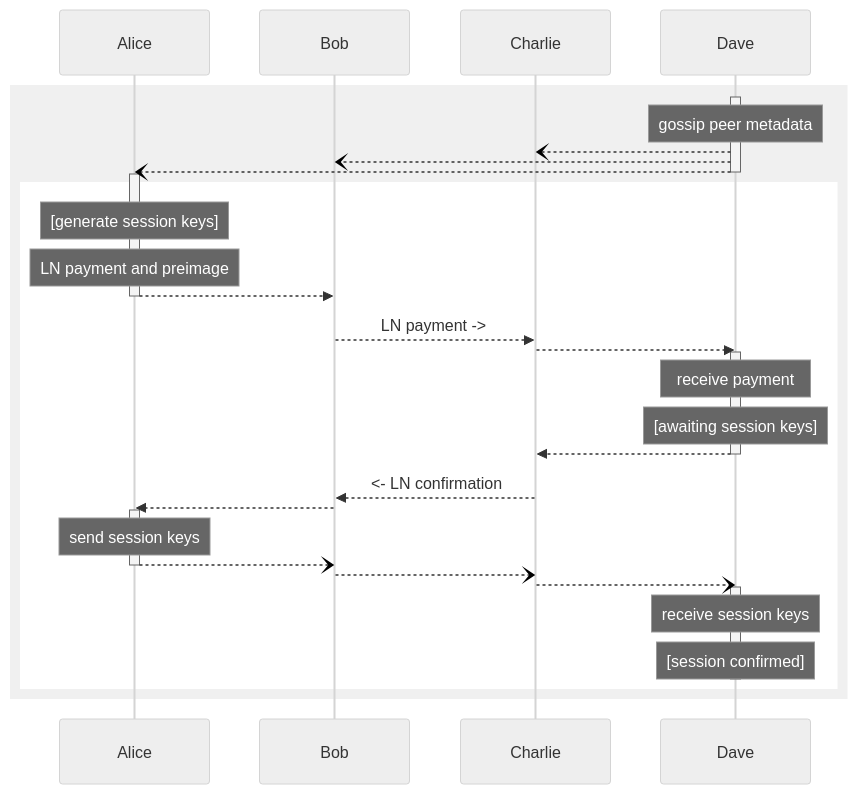
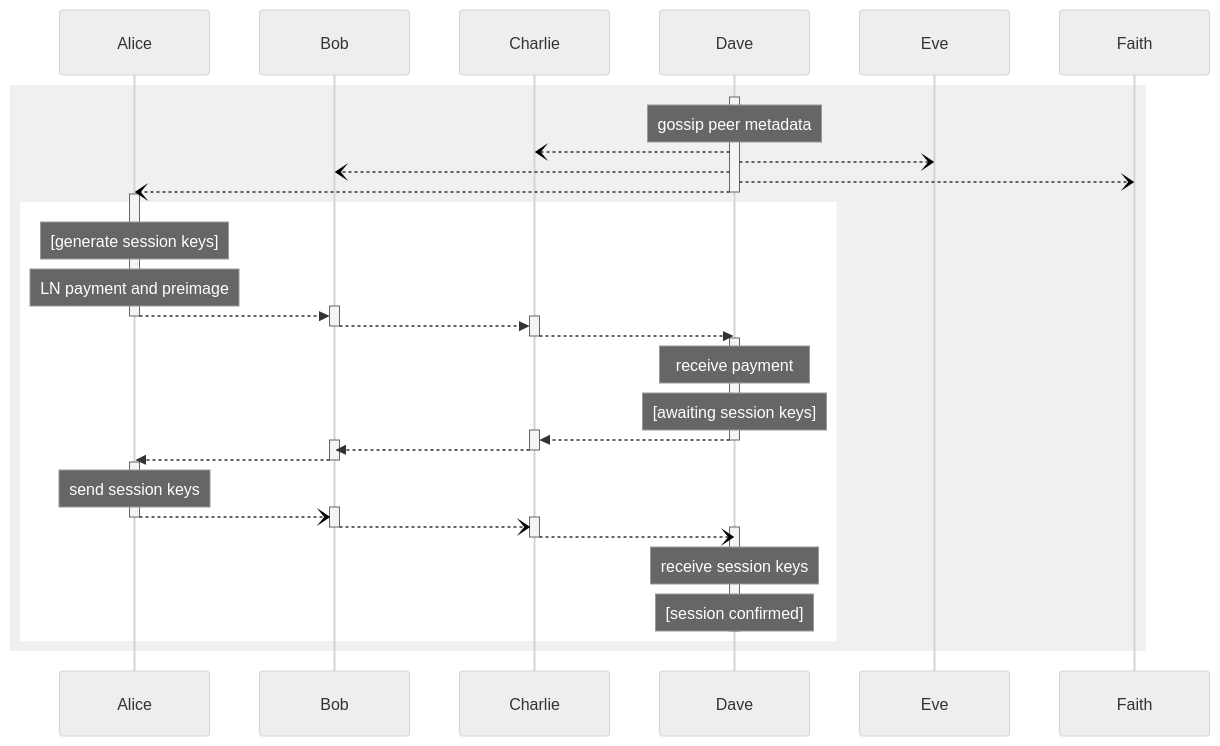
The first of 5 diagrams in docs/protocols.md (indra-labs/indra), drawn with Mermaid (neutral theme) before and after one commit. The commit also changed other lines of this file, not shown here.

Commit message:
all moved to mermaid

````diff
--- a/docs/protocols.md
+++ b/docs/protocols.md
@@ -74,41 +74,57 @@
 ```mermaid
 sequenceDiagram
 participant Alice
 participant Bob
 participant Charlie
 participant Dave
+participant Eve
+participant Faith
 rect rgb(240, 240, 240)
     activate Dave
     note over Dave: gossip peer metadata
     Dave--)Charlie: 
+    Dave--)Eve: 
 	Dave--)Bob: 
+	Dave--)Faith: 
     Dave--)Alice: 
 	deactivate Dave
 	activate Alice
     rect rgb(255, 255, 255)
         note over Alice: [generate session keys]
         note over Alice: LN payment and preimage
+        activate Bob
 		Alice-->>Bob: 
         deactivate Alice
-        Bob-->>Charlie: LN payment ->
+        activate Charlie
+        Bob-->>Charlie: 
+        deactivate Bob
         Charlie-->>Dave: 
+        deactivate Charlie
         activate Dave
         note over Dave: receive payment
         note over Dave: [awaiting session keys]
+        activate Charlie
         Dave-->>Charlie: 
         deactivate Dave
-        Charlie-->>Bob: <- LN confirmation
+        Charlie-->>Bob: 
+          activate Bob
+          deactivate Charlie
         Bob-->>Alice: 
-	    activate Alice
+		deactivate Bob
+        activate Alice
         note over Alice: send session keys
+        activate Bob
         Alice--)Bob: 
         deactivate Alice
+        activate Charlie
         Bob--)Charlie: 
+        deactivate Bob
         Charlie--)Dave: 
         activate Dave
+        deactivate Charlie
         note over Dave: receive session keys
         note over Dave: [session confirmed]
         deactivate Dave
     end
 end
 ```
````
